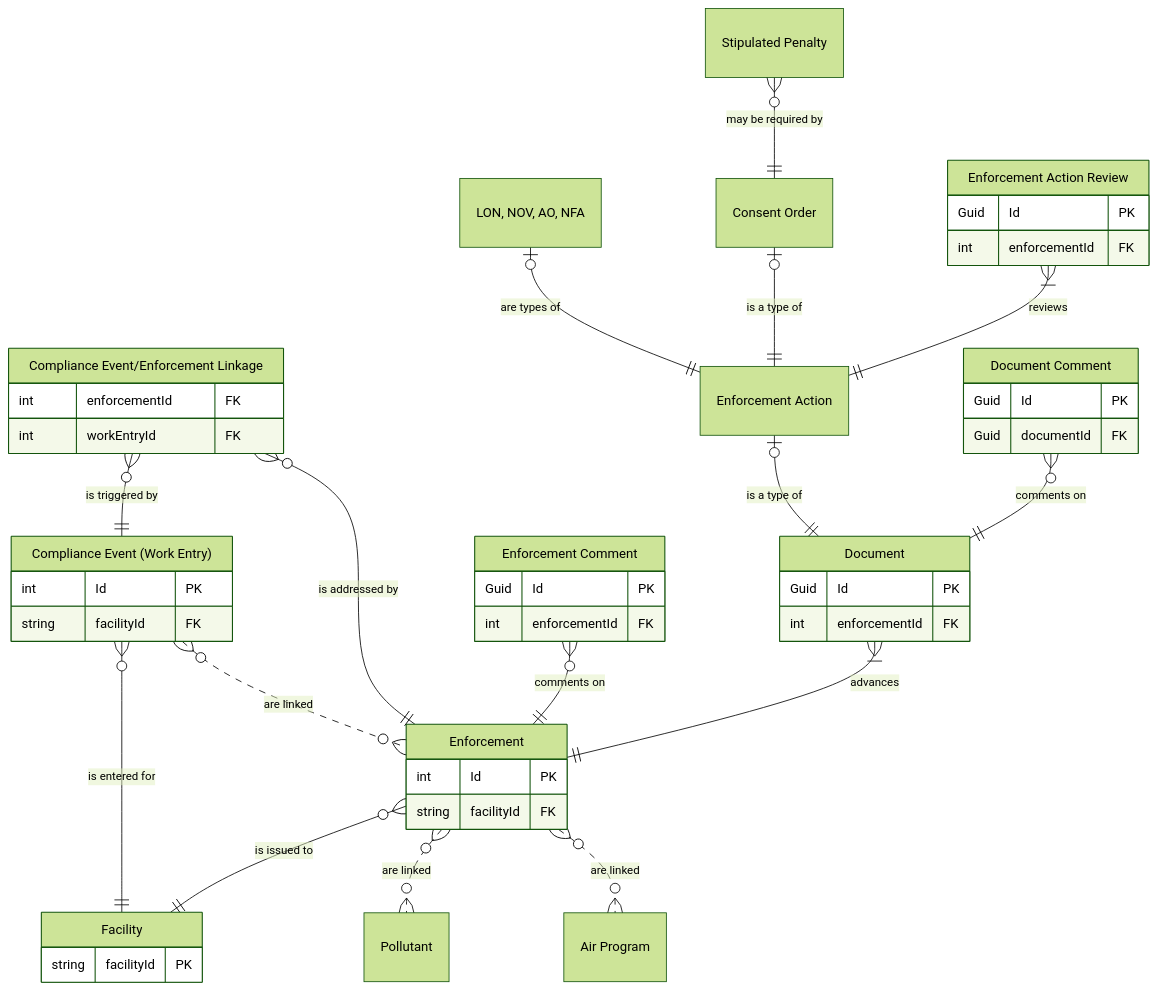
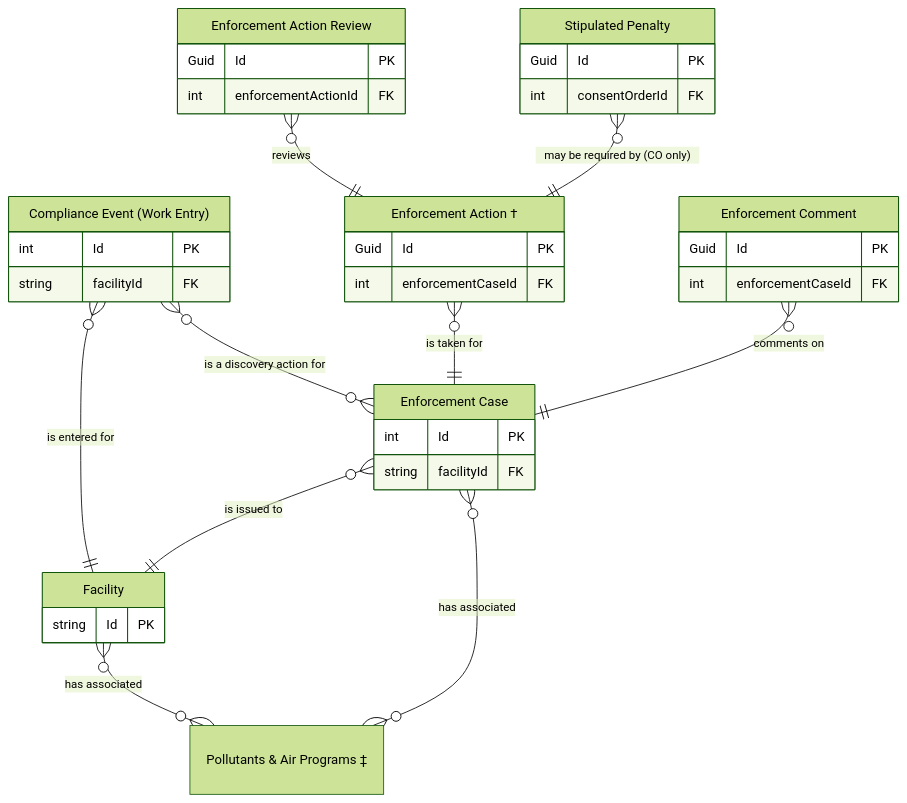
One commit to gaepdit/air-web changed the first of 2 diagrams in docs/Data-entities/Enforcement-ERD.md. Above: the diagram before and after it, drawn with Mermaid (forest theme). The commit also changed other lines of this file and 51 other files, not shown here.

````diff
--- a/docs/Data-entities/Enforcement-ERD.md
+++ b/docs/Data-entities/Enforcement-ERD.md
@@ -3,72 +5,48 @@
 ```mermaid
 erDiagram
     FAC["Facility"] {
-        string facilityId PK
+        string Id PK
     }
 
     CWE["Compliance Event (Work Entry)"] {
         int Id PK
         string facilityId FK
     }
 
-    ENF["Enforcement"] {
+    ENF["Enforcement Case"] {
         int Id PK
         string facilityId FK
     }
 
-    LNK["Compliance Event/Enforcement Linkage"] {
-        int enforcementId FK
-        int workEntryId FK
+    CTE["Enforcement Comment"] {
+        Guid Id PK
+        int enforcementCaseId FK
     }
 
-    CTE["Enforcement Comment"] {
+    ACT["Enforcement Action †"] {
         Guid Id PK
-        int enforcementId FK
+        int enforcementCaseId FK
     }
 
-    DOC["Document"] {
-        Guid Id PK
-        int enforcementId FK
-    }
-
-    ACT["Enforcement Action"]
+    POL["Pollutants & Air Programs ‡"]
 
     REV["Enforcement Action Review"] {
         Guid Id PK
-        int enforcementId FK
+        int enforcementActionId FK
     }
 
-    CTA["Document Comment"] {
+    STP["Stipulated Penalty"] {
         Guid Id PK
-        Guid documentId FK
+        int consentOrderId FK
     }
 
-    EAO["LON, NOV, AO, NFA"]
-    CO["Consent Order"]
-    POL["Pollutant"]
-    PGM["Air Program"]
-    STP["Stipulated Penalty"]
-
+    FAC }o--o{ POL: "has associated"
+    ENF }o--o{ POL: "has associated"
+    CWE }o--o{ ENF: "is a discovery action for"
     CWE }o--|| FAC: "is entered for"
+    ACT }o--|| ENF: "is taken for"
+    CTE }o--|| ENF: "comments on"
     ENF }o--|| FAC: "is issued to"
-
-    CWE }o..o{ ENF: "are linked"
-    LNK }o--|| CWE: "is triggered by"
-    LNK }o--|| ENF: "is addressed by"
-
-    CTE }o--|| ENF: "comments on"
-    DOC }|--|| ENF: "advances"
-    ACT |o--|| DOC: "is a type of"
-
-    ENF }o..o{ POL: "are linked"
-    ENF }o..o{ PGM: "are linked"
-
-    EAO |o--|| ACT: "are types of"
-    CO |o--|| ACT: "is a type of"
-    REV }|--|| ACT: "reviews"
-    
-    CTA }o--|| DOC: "comments on"
-
-    STP }o--|| CO: "may be required by"
-
+    REV }o--|| ACT: "reviews"
+    STP }o--|| ACT: "may be required by (CO only)"
 ```
````
